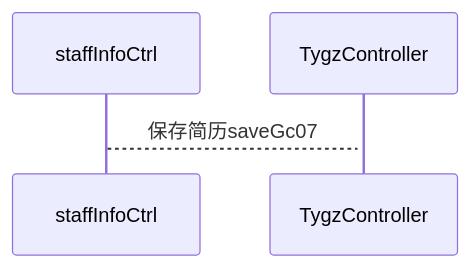
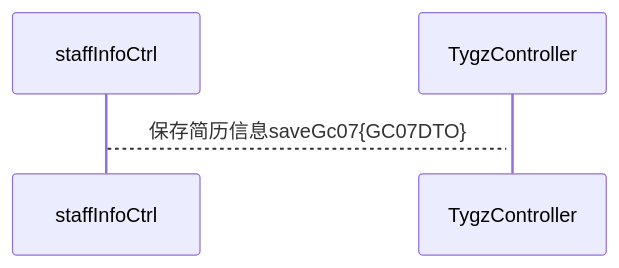
One commit to ZhangJianBeiJing/iodraw-files changed the diagram in all/未命名.md. Above: the diagram before and after it, drawn with Mermaid.

Commit message:
2025-03-25 17:03:03 update

````diff
--- a/all/未命名.md
+++ b/all/未命名.md
@@ -1,5 +1,5 @@
 ```mermaid
 sequenceDiagram
-    staffInfoCtrl-->+TygzController:保存简历saveGc07
+    staffInfoCtrl-->+TygzController:保存简历信息saveGc07{GC07DTO}
             
 ```
````
